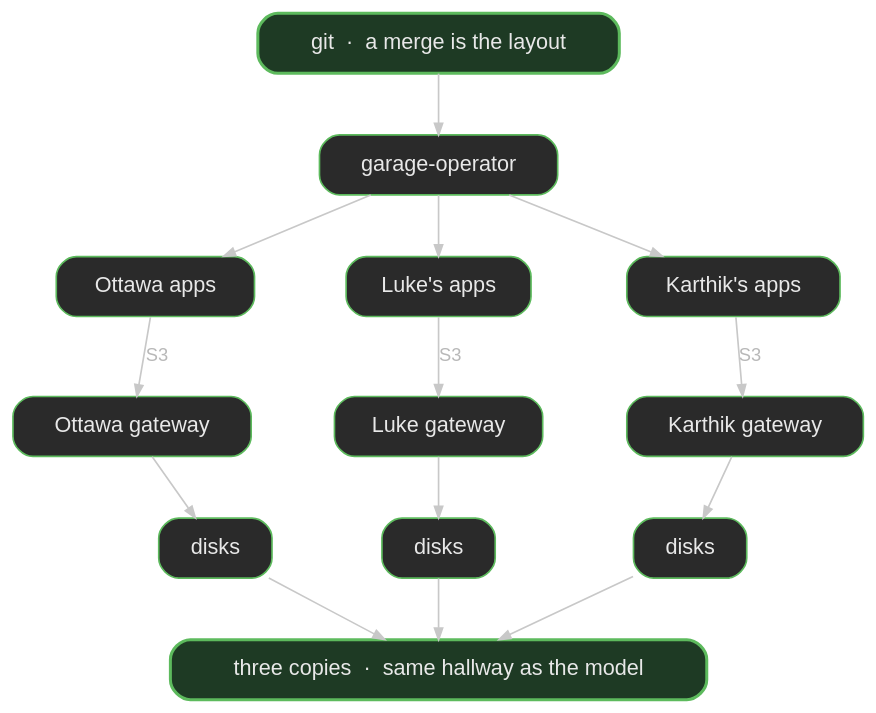
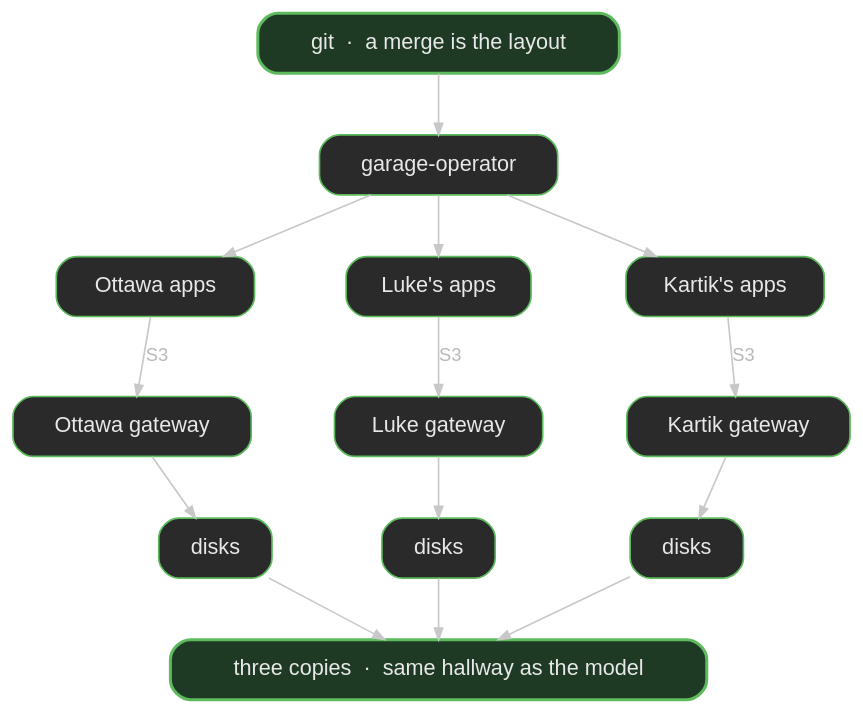
Before and after one commit to rajsinghtech/portfolio: the diagram in content/post/self-hosting-a-keiretsu/garage.dot, drawn with Graphviz. The commit also changed 6 other files, not shown here.

```diff
--- a/content/post/self-hosting-a-keiretsu/garage.dot
+++ b/content/post/self-hosting-a-keiretsu/garage.dot
@@ -1,53 +1,53 @@
 digraph garage {
   graph [
     rankdir=TB, splines=spline, bgcolor="transparent",
     fontname="Helvetica", fontsize=13, pad=0.45, nodesep=0.7, ranksep=0.5,
     fontcolor="#e8e8e8", newrank=true
   ];
   node [fontname="Helvetica", fontsize=13, shape=box, style="filled,rounded",
         fillcolor="#2a2a2a", color="#5dba5d", fontcolor="#e8e8e8", margin="0.24,0.14"];
   edge [fontname="Helvetica", fontsize=11, color="#c8c8c8", fontcolor="#b8b8b8", arrowsize=0.7];
 
   git [
     label="git  ·  a merge is the layout",
     fillcolor="#1e3a24", color="#5dba5d", penwidth=1.8
   ];
   op [label="garage-operator"];
   git -> op;
 
   ot_app [label="Ottawa apps"];
   rb_app [label="Luke's apps"];
-  sp_app [label="Karthik's apps"];
+  sp_app [label="Kartik's apps"];
   { rank=same; ot_app; rb_app; sp_app; }
 
   ot_gw [label="Ottawa gateway"];
   rb_gw [label="Luke gateway"];
-  sp_gw [label="Karthik gateway"];
+  sp_gw [label="Kartik gateway"];
   { rank=same; ot_gw; rb_gw; sp_gw; }
 
   ot_d [label="disks"];
   rb_d [label="disks"];
   sp_d [label="disks"];
   { rank=same; ot_d; rb_d; sp_d; }
 
   copies [
     label="three copies  ·  same hallway as the model",
     fillcolor="#1e3a24", color="#5dba5d", penwidth=1.8
   ];
 
   op -> ot_app;
   op -> rb_app;
   op -> sp_app;
 
   ot_app -> ot_gw [label="S3"];
   rb_app -> rb_gw [label="S3"];
   sp_app -> sp_gw [label="S3"];
 
   ot_gw -> ot_d;
   rb_gw -> rb_d;
   sp_gw -> sp_d;
 
   ot_d -> copies;
   rb_d -> copies;
   sp_d -> copies;
 }
```
